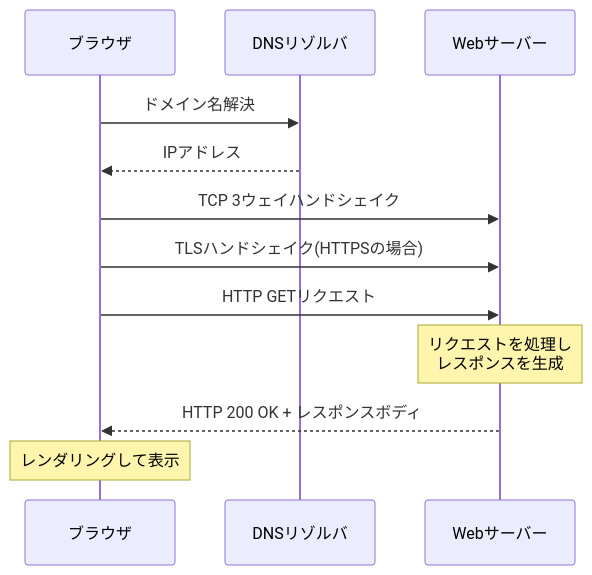
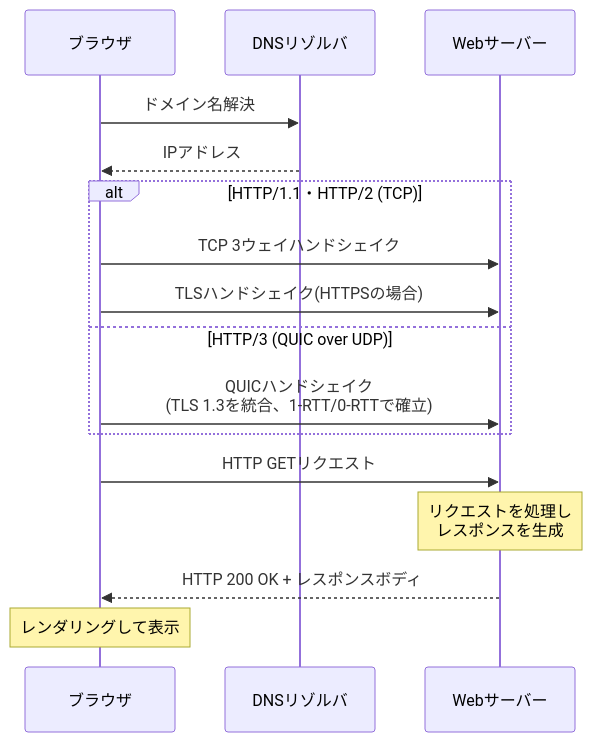
One commit to myoshi2891/Cloud-Infrastructure-Studies changed diagram 15 of 21 in Computer-networks-tanenbaum.md. Above: the diagram before and after it, drawn with Mermaid. The commit also changed other lines of this file and 2 other files, not shown here.

Commit message:
docs: update Computer Networks and Professional Agentic Architect study guides

````diff
--- a/Computer-networks-tanenbaum.md
+++ b/Computer-networks-tanenbaum.md
@@ -525,15 +544,19 @@
 ```mermaid
 sequenceDiagram
     participant Browser as ブラウザ
     participant DNS as DNSリゾルバ
     participant Server as Webサーバー
 
     Browser->>DNS: ドメイン名解決
     DNS-->>Browser: IPアドレス
-    Browser->>Server: TCP 3ウェイハンドシェイク
-    Browser->>Server: TLSハンドシェイク(HTTPSの場合)
+    alt HTTP/1.1・HTTP/2 (TCP)
+        Browser->>Server: TCP 3ウェイハンドシェイク
+        Browser->>Server: TLSハンドシェイク(HTTPSの場合)
+    else HTTP/3 (QUIC over UDP)
+        Browser->>Server: QUICハンドシェイク<br/>(TLS 1.3を統合、1-RTT/0-RTTで確立)
+    end
     Browser->>Server: HTTP GETリクエスト
     Note over Server: リクエストを処理し<br/>レスポンスを生成
     Server-->>Browser: HTTP 200 OK + レスポンスボディ
     Note over Browser: レンダリングして表示
 ```
````
